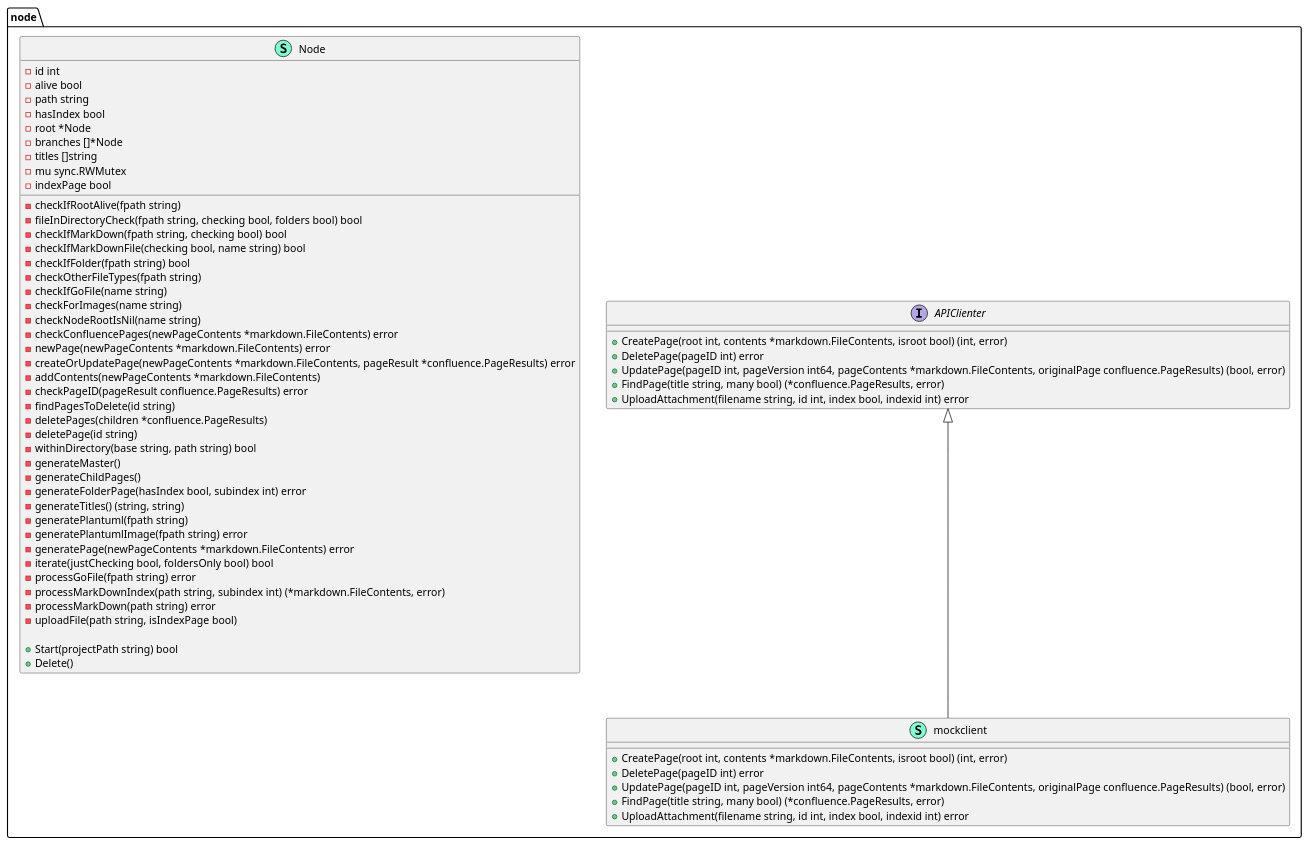
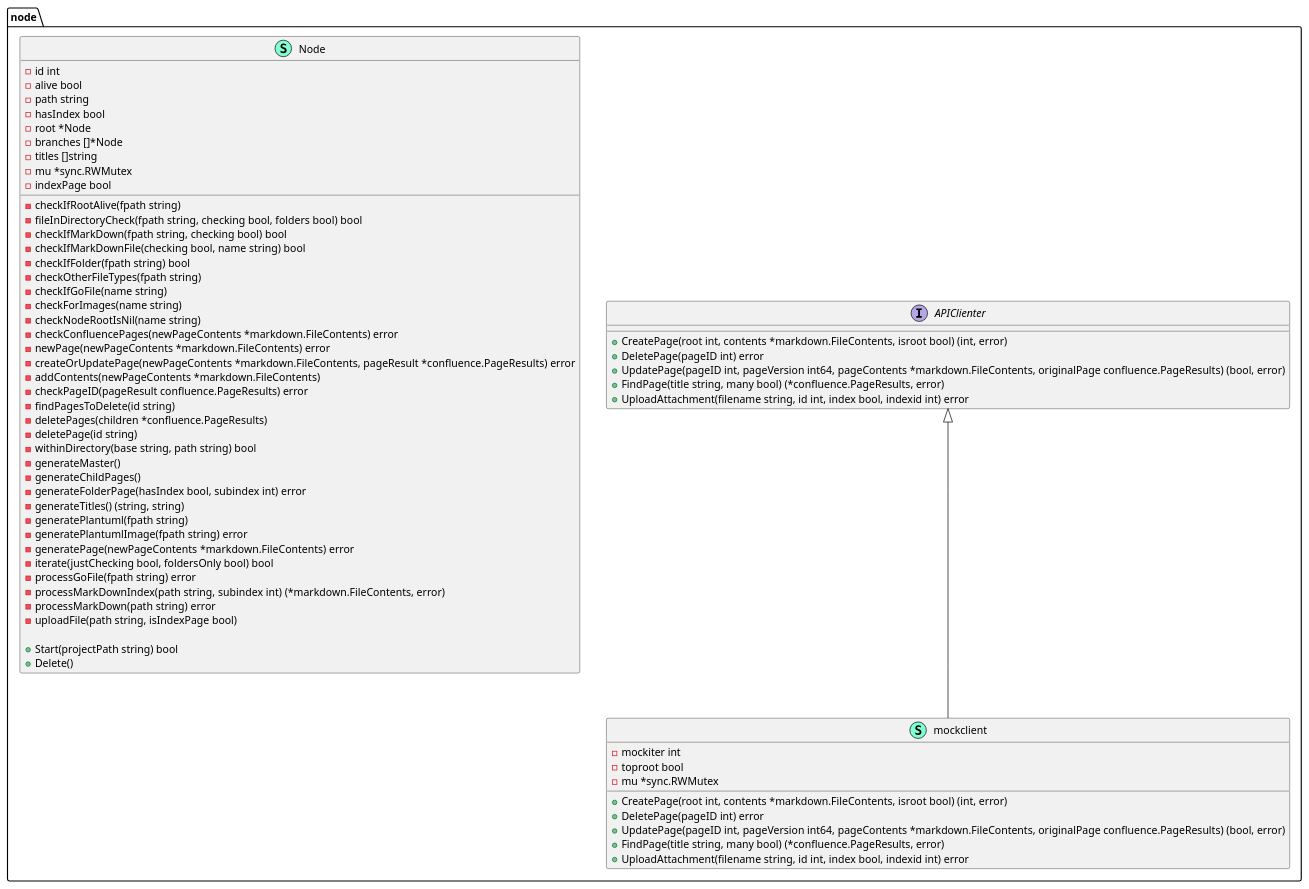
One commit to xiatechs/markdown-to-confluence changed the diagram in node/node-markdown-to-confluence-markdown-to-confluence-pumldiagram.puml. Above: the diagram before and after it, drawn with PlantUML. The commit also changed 5 other files, not shown here.

```diff
--- a/node/node-markdown-to-confluence-markdown-to-confluence-pumldiagram.puml
+++ b/node/node-markdown-to-confluence-markdown-to-confluence-pumldiagram.puml
@@ -1,69 +1,73 @@
 @startuml
 namespace node {
     interface APIClienter  {
         + CreatePage(root int, contents *markdown.FileContents, isroot bool) (int, error)
         + DeletePage(pageID int) error
         + UpdatePage(pageID int, pageVersion int64, pageContents *markdown.FileContents, originalPage confluence.PageResults) (bool, error)
         + FindPage(title string, many bool) (*confluence.PageResults, error)
         + UploadAttachment(filename string, id int, index bool, indexid int) error
 
     }
     class Node << (S,Aquamarine) >> {
         - id int
         - alive bool
         - path string
         - hasIndex bool
         - root *Node
         - branches []*Node
         - titles []string
-        - mu sync.RWMutex
+        - mu *sync.RWMutex
         - indexPage bool
 
         - checkIfRootAlive(fpath string) 
         - fileInDirectoryCheck(fpath string, checking bool, folders bool) bool
         - checkIfMarkDown(fpath string, checking bool) bool
         - checkIfMarkDownFile(checking bool, name string) bool
         - checkIfFolder(fpath string) bool
         - checkOtherFileTypes(fpath string) 
         - checkIfGoFile(name string) 
         - checkForImages(name string) 
         - checkNodeRootIsNil(name string) 
         - checkConfluencePages(newPageContents *markdown.FileContents) error
         - newPage(newPageContents *markdown.FileContents) error
         - createOrUpdatePage(newPageContents *markdown.FileContents, pageResult *confluence.PageResults) error
         - addContents(newPageContents *markdown.FileContents) 
         - checkPageID(pageResult confluence.PageResults) error
         - findPagesToDelete(id string) 
         - deletePages(children *confluence.PageResults) 
         - deletePage(id string) 
         - withinDirectory(base string, path string) bool
         - generateMaster() 
         - generateChildPages() 
         - generateFolderPage(hasIndex bool, subindex int) error
         - generateTitles() (string, string)
         - generatePlantuml(fpath string) 
         - generatePlantumlImage(fpath string) error
         - generatePage(newPageContents *markdown.FileContents) error
         - iterate(justChecking bool, foldersOnly bool) bool
         - processGoFile(fpath string) error
         - processMarkDownIndex(path string, subindex int) (*markdown.FileContents, error)
         - processMarkDown(path string) error
         - uploadFile(path string, isIndexPage bool) 
 
         + Start(projectPath string) bool
         + Delete() 
 
     }
     class mockclient << (S,Aquamarine) >> {
+        - mockiter int
+        - toproot bool
+        - mu *sync.RWMutex
+
         + CreatePage(root int, contents *markdown.FileContents, isroot bool) (int, error)
         + DeletePage(pageID int) error
         + UpdatePage(pageID int, pageVersion int64, pageContents *markdown.FileContents, originalPage confluence.PageResults) (bool, error)
         + FindPage(title string, many bool) (*confluence.PageResults, error)
         + UploadAttachment(filename string, id int, index bool, indexid int) error
 
     }
 }
 
 "node.APIClienter" <|-- "node.mockclient"
 
 @enduml
```
